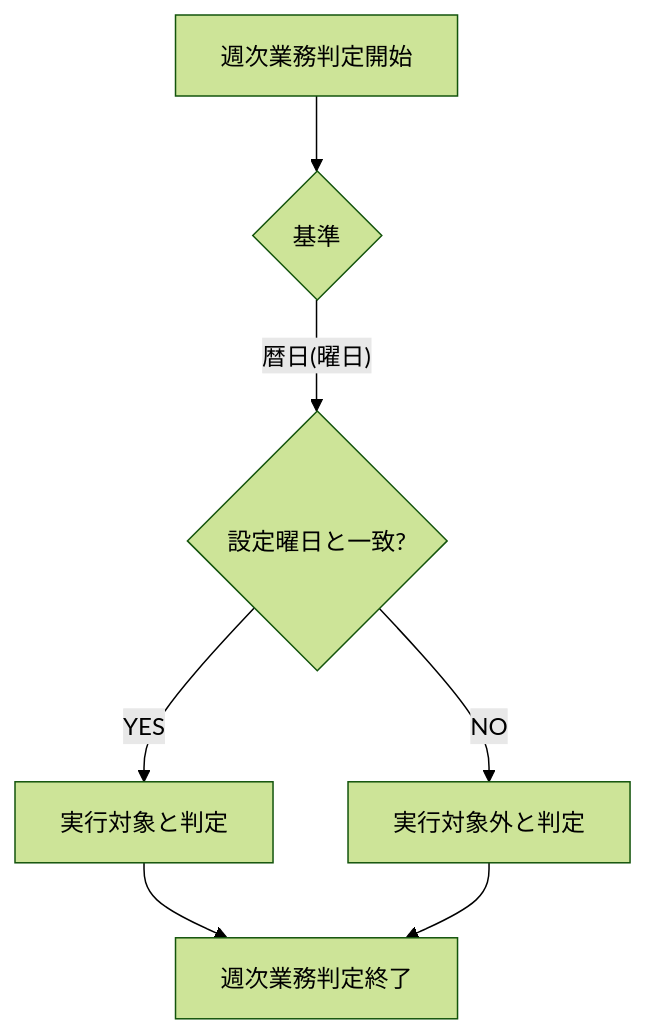
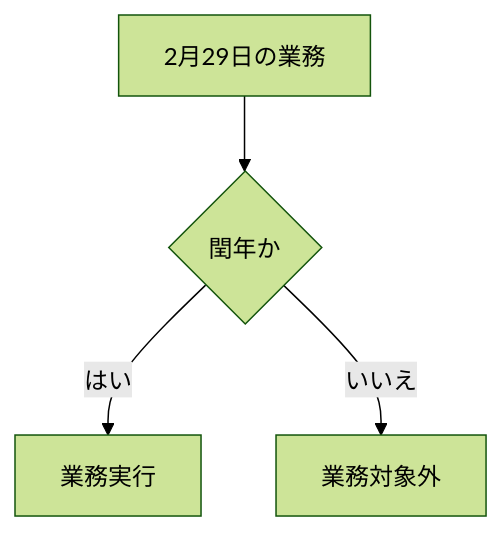
One commit to mkuwan/TaskManaging changed diagram 20 of 20 in README.md. Above: the diagram before and after it, drawn with Mermaid (forest theme). The commit also changed other lines of this file and 10 other files, not shown here.

````diff
--- a/README.md
+++ b/README.md
@@ -848,9 +880,6 @@
 ```mermaid
-flowchart TB
-     週次開始[週次業務判定開始] --> 基準分岐{基準}
-    基準分岐 -->|"暦日(曜日)"| 曜日判定{設定曜日と一致?}
-    曜日判定 -->|YES| 週次実行[実行対象と判定]
-    曜日判定 -->|NO| 週次実行対象外[実行対象外と判定]
-    週次実行 --> 週次終了[週次業務判定終了]
-    週次実行対象外 --> 週次終了
+graph TD
+    A[2月29日の業務] --> B{閏年か}
+    B -->|はい| C[業務実行]
+    B -->|いいえ| D[業務対象外]
 ```
````
